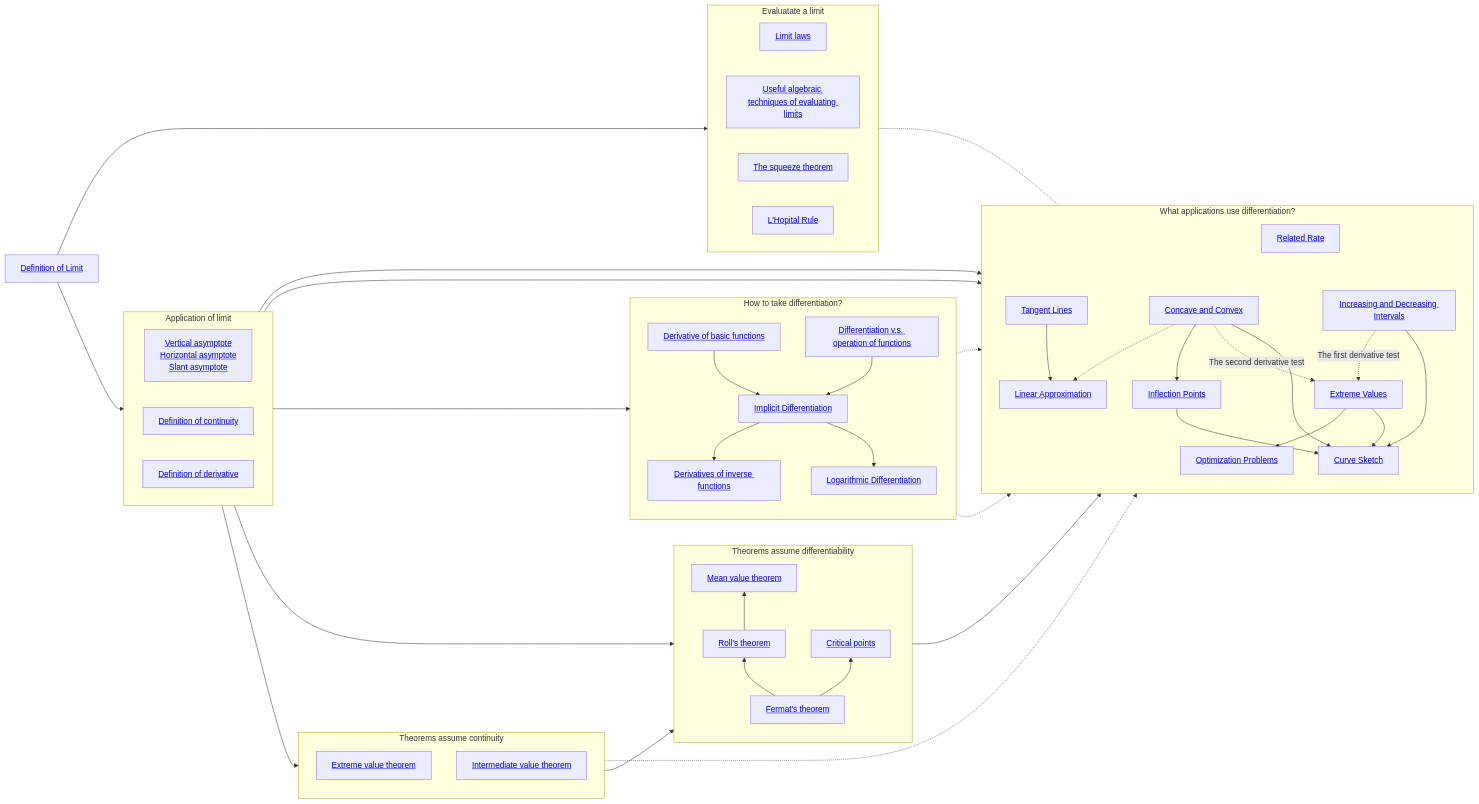
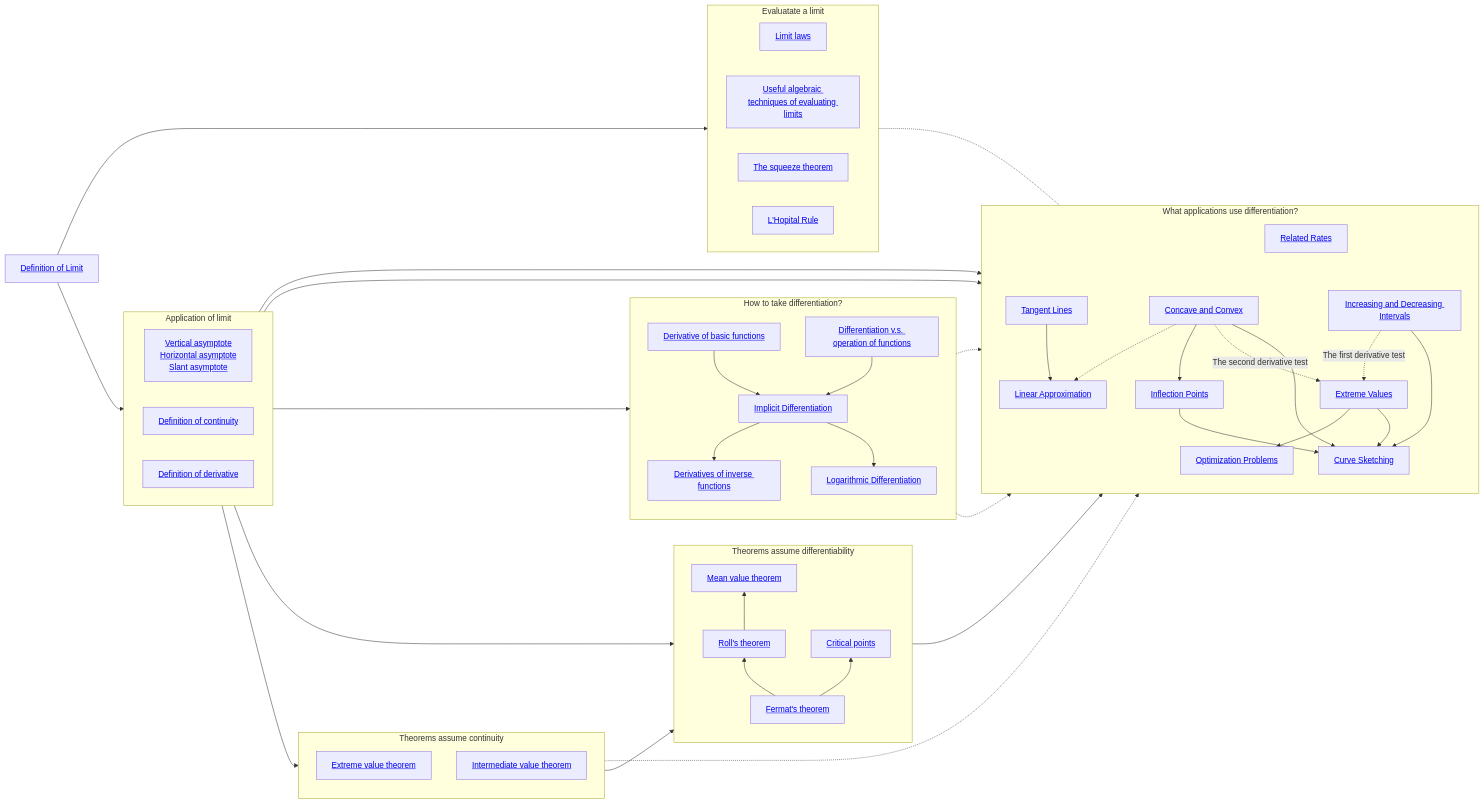
The diagram in _posts/2023-10-19-Calculus-1-overview.md (junwenwaynepeng/junwenwaynepeng.github.io), drawn with Mermaid before and after one commit. The commit also changed 1 other file, not shown here.

```diff
--- a/_posts/2023-10-19-Calculus-1-overview.md
+++ b/_posts/2023-10-19-Calculus-1-overview.md
@@ -35,8 +35,8 @@
     CriticalPt[<a href='../books/calculus/3-2-theorems-assuming-differentiability#critical-points'>Critical points</a>];
     TangentLine[<a href='../books/calculus/3-3-applications-of-differentiation#tangent-lines'>Tangent Lines</a>];
     LinearApprox[<a href='../books/calculus/3-3-applications-of-differentiation#linear-approximation'>Linear Approximation</a>];
-    RelatedRate[<a href='../books/calculus/3-3-applications-of-differentiation#related-rate'>Related Rate</a>];
-    CurveSketch[<a href='../books/calculus/3-3-applications-of-differentiation#curve-sketch'>Curve Sketch</a>];
+    RelatedRate[<a href='../books/calculus/3-3-applications-of-differentiation#related-rates'>Related Rates</a>];
+    CurveSketch[<a href='../books/calculus/3-3-applications-of-differentiation#curve-sketching'>Curve Sketching</a>];
     ExtremeValue[<a href='../books/calculus/3-3-applications-of-differentiation#extreme-values'>Extreme Values</a>];
     InflectionPt[<a href='../books/calculus/3-3-applications-of-differentiation#inflection-points'>Inflection Points</a>];
     Increasing[<a href='../books/calculus/3-3-applications-of-differentiation#increasing-and-decreasing-intervals'>Increasing and Decreasing Intervals</a>];
```
